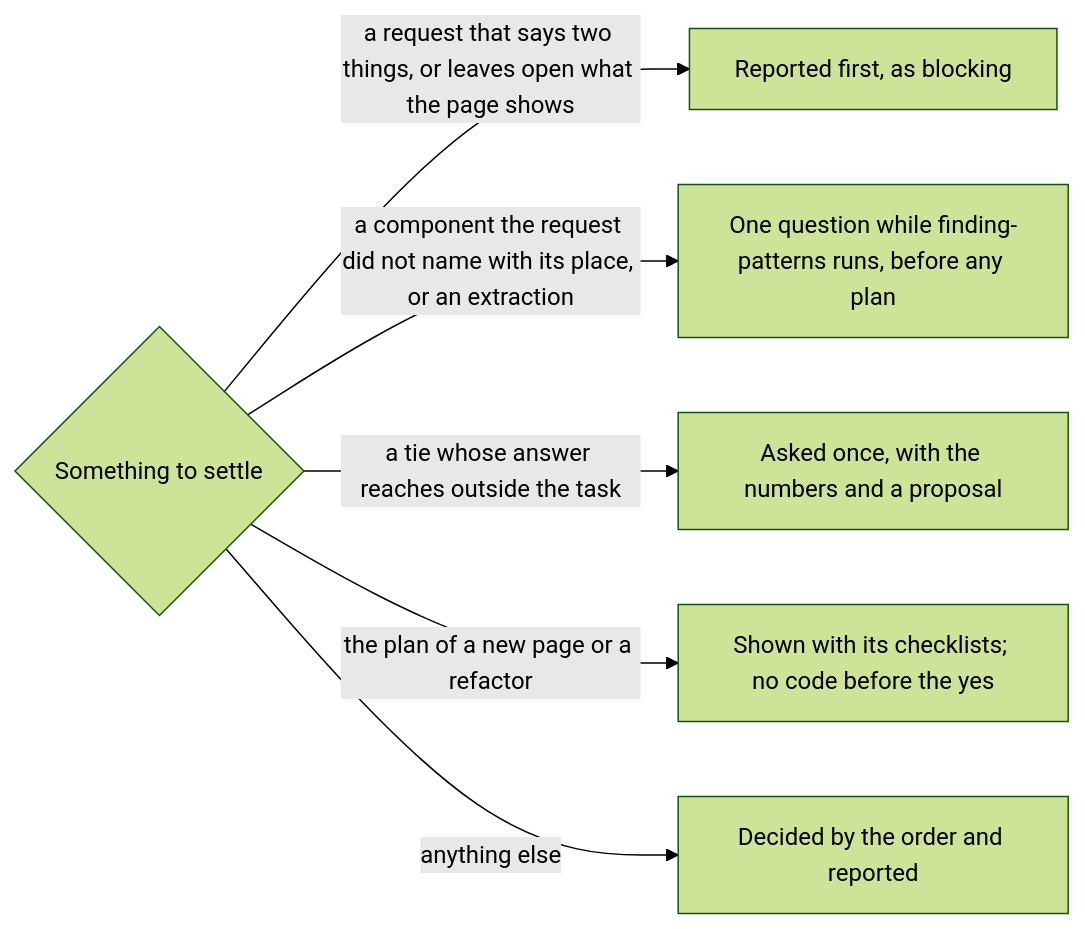
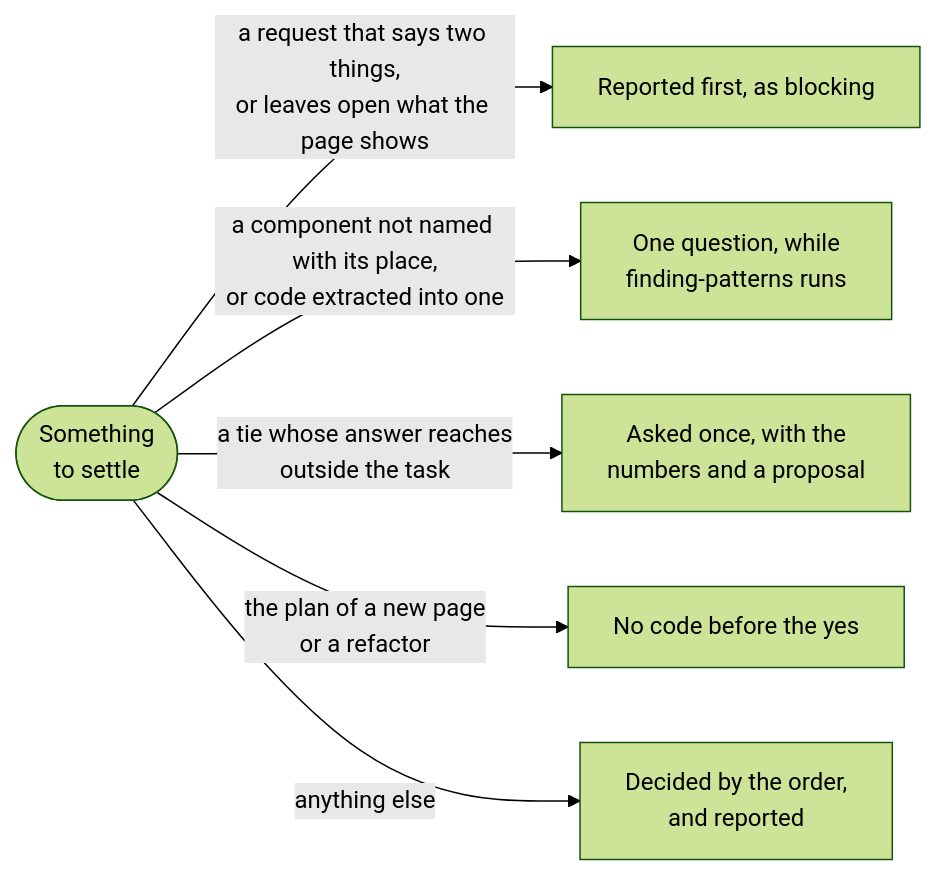
One commit to kamenkurtev/ui-consistency changed the fourth of 7 diagrams in docs/how-it-works.md. Above: the diagram before and after it, drawn with Mermaid (forest theme). The commit also changed other lines of this file, not shown here.

Commit message:
Lay the diagrams out left to right, so each fits one screen (#466)

````diff
--- a/docs/how-it-works.md
+++ b/docs/how-it-works.md
@@ -93,9 +94,9 @@
 ```mermaid
 flowchart LR
-  Q{"Something to settle"}
-  Q -->|"a request that says two things, or leaves open what the page shows"| B["Reported first, as blocking"]
-  Q -->|"a component the request did not name with its place, or an extraction"| N["One question while finding-patterns runs, before any plan"]
-  Q -->|"a tie whose answer reaches outside the task"| T["Asked once, with the numbers and a proposal"]
-  Q -->|"the plan of a new page or a refactor"| Y["Shown with its checklists; no code before the yes"]
-  Q -->|"anything else"| O["Decided by the order and reported"]
+  Q(["Something<br>to settle"])
+  Q -->|"a request that says two things,<br>or leaves open what the page shows"| B["Reported first, as blocking"]
+  Q -->|"a component not named with its place,<br>or code extracted into one"| N["One question, while<br>finding-patterns runs"]
+  Q -->|"a tie whose answer reaches<br>outside the task"| T["Asked once, with the<br>numbers and a proposal"]
+  Q -->|"the plan of a new page<br>or a refactor"| Y["No code before the yes"]
+  Q -->|"anything else"| O["Decided by the order,<br>and reported"]
 ```
````
